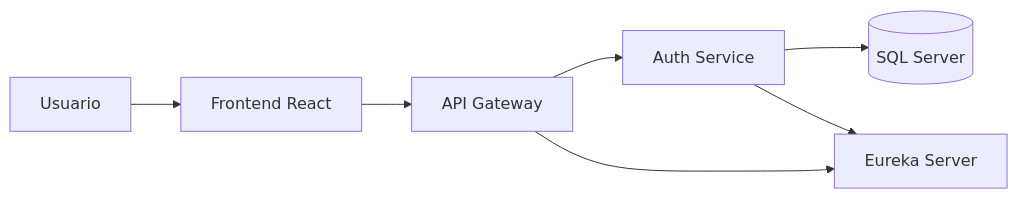
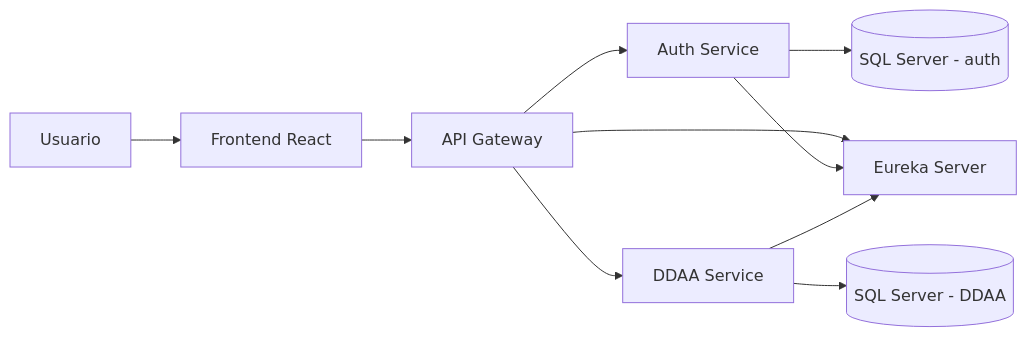
One commit to flecaros84/ddaa_platform changed the diagram in readme.md. Above: the diagram before and after it, drawn with Mermaid. The commit also changed other lines of this file and 68 other files, not shown here.

Commit message:
Implementación parcial bff, webclient, primera versión ddaa-service, implementación modelo DB

````diff
--- a/readme.md
+++ b/readme.md
@@ -171,9 +75,15 @@
 ```mermaid
 flowchart LR
     U[Usuario] --> FE[Frontend React]
     FE --> GW[API Gateway]
+
     GW --> AUTH[Auth Service]
-    AUTH --> DB[(SQL Server)]
+    GW --> DDAA[DDAA Service]
+
+    AUTH --> AUTHDB[(SQL Server - auth)]
+    DDAA --> DDAADB[(SQL Server - DDAA)]
+
     GW --> EUREKA[Eureka Server]
     AUTH --> EUREKA
+    DDAA --> EUREKA
 ```
````
